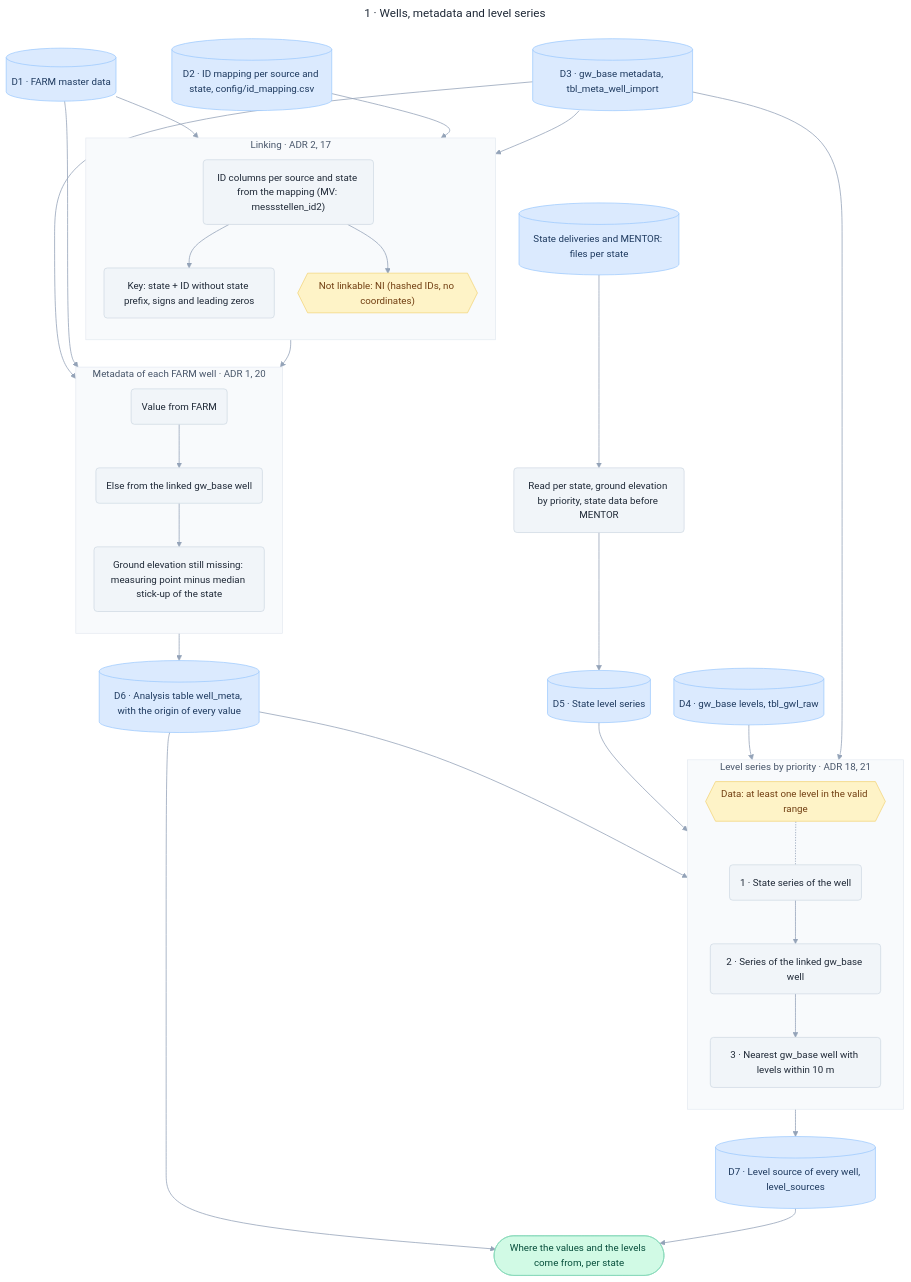
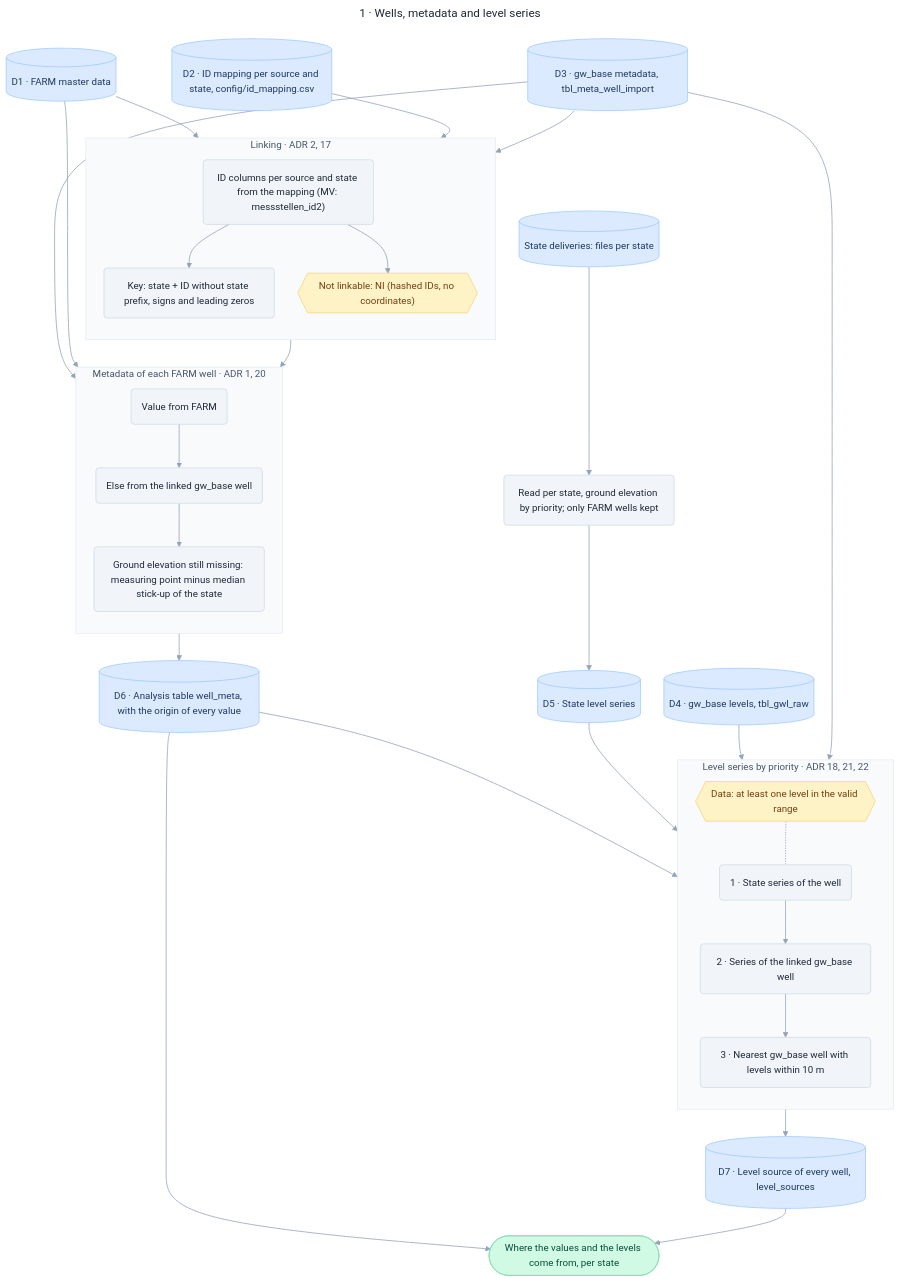
The diagram in docs/diagrams/wells_and_levels.mmd (MxNl/groundwater_obswells), drawn with Mermaid before and after one commit. The commit also changed 11 other files, not shown here.

First line of the commit message:
State series: no MENTOR levels, only FARM wells, robust SH and BB reading

```diff
--- a/docs/diagrams/wells_and_levels.mmd
+++ b/docs/diagrams/wells_and_levels.mmd
@@ -1,80 +1,80 @@
 ---
 title: "1 · Wells, metadata and level series"
 config:
   theme: base
   themeVariables:
     fontFamily: Noto Sans Display
     fontSize: 15px
     primaryTextColor: "#1f2937"
     lineColor: "#94a3b8"
     clusterBkg: "#f8fafc"
     clusterBorder: "#e2e8f0"
     titleColor: "#475569"
   flowchart:
     wrappingWidth: 230
     padding: 16
     nodeSpacing: 36
     rankSpacing: 42
     curve: basis
 ---
 flowchart TB
   classDef data fill:#dbeafe,stroke:#93c5fd,stroke-width:1px,color:#1e3a5f
   classDef step fill:#f1f5f9,stroke:#cbd5e1,stroke-width:1px,color:#1f2937
   classDef rule fill:#fef3c7,stroke:#f2cf6b,stroke-width:1px,color:#713f12
   classDef out fill:#d1fae5,stroke:#86d9b9,stroke-width:1px,color:#064e3b
 
   farm[("D1 · FARM master data")]:::data
   map[("D2 · ID mapping per source and state, config/id_mapping.csv")]:::data
   gwmeta[("D3 · gw_base metadata, tbl_meta_well_import")]:::data
   gwl[("D4 · gw_base levels, tbl_gwl_raw")]:::data
-  dl[("State deliveries and MENTOR: files per state")]:::data
-  stb("Read per state, ground elevation by priority, state data before MENTOR"):::step
+  dl[("State deliveries: files per state")]:::data
+  stb("Read per state, ground elevation by priority; only FARM wells kept"):::step
   st[("D5 · State level series")]:::data
   dl --> stb --> st
 
   subgraph link ["Linking · ADR 2, 17"]
     direction TB
     key("Key: state + ID without state prefix, signs and leading zeros"):::step
     cols("ID columns per source and state from the mapping (MV: messstellen_id2)"):::step
     none{{"Not linkable: NI (hashed IDs, no coordinates)"}}:::rule
     cols --> key
     cols --> none
   end
 
   subgraph fill ["Metadata of each FARM well · ADR 1, 20"]
     direction TB
     farmv("Value from FARM"):::step
     gwv("Else from the linked gw_base well"):::step
     mp("Ground elevation still missing: measuring point minus median stick-up of the state"):::step
     farmv --> gwv --> mp
   end
   meta[("D6 · Analysis table well_meta, with the origin of every value")]:::data
 
-  subgraph lev ["Level series by priority · ADR 18, 21"]
+  subgraph lev ["Level series by priority · ADR 18, 21, 22"]
     direction TB
     p1("1 · State series of the well"):::step
     p2("2 · Series of the linked gw_base well"):::step
     p3("3 · Nearest gw_base well with levels within 10 m"):::step
     has{{"Data: at least one level in the valid range"}}:::rule
     p1 --> p2 --> p3
     has -.- p1
   end
   srcs[("D7 · Level source of every well, level_sources")]:::data
   o1(["Where the values and the levels come from, per state"]):::out
 
   farm --> cols
   map --> cols
   gwmeta --> key
   key --> farmv
   gwmeta --> gwv
   farm --> farmv
   mp --> meta
   meta --> p1
   st --> p1
   gwl --> p2
   gwmeta --> p3
   p3 --> srcs
   meta --> o1
   srcs --> o1
 
   linkStyle default stroke-width:1.2px
```
